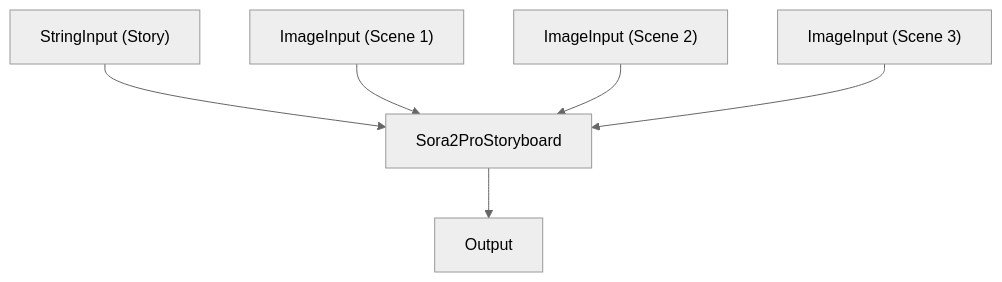
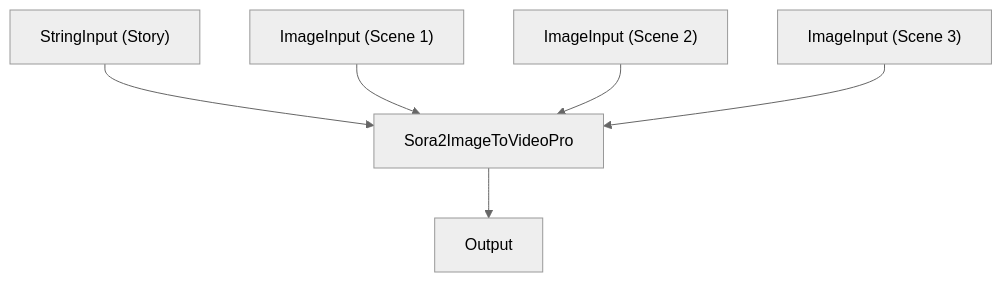
Before and after one commit to nodetool-ai/nodetool: diagram 17 of 17 in docs/cookbook/patterns.md, drawn with Mermaid (neutral theme). The commit also changed other lines of this file and 6 other files, not shown here.

```diff
--- a/docs/cookbook/patterns.md
+++ b/docs/cookbook/patterns.md
@@ -583,14 +583,14 @@
 {% mermaid %}
 graph TD
   story_prompt["StringInput (Story)"]
   image1["ImageInput (Scene 1)"]
   image2["ImageInput (Scene 2)"]
   image3["ImageInput (Scene 3)"]
   output["Output"]
-  sora_storyboard["Sora2ProStoryboard"]
+  sora_storyboard["Sora2ImageToVideoPro"]
   sora_storyboard --> output
   story_prompt --> sora_storyboard
   image1 --> sora_storyboard
   image2 --> sora_storyboard
   image3 --> sora_storyboard
 {% endmermaid %}
```
